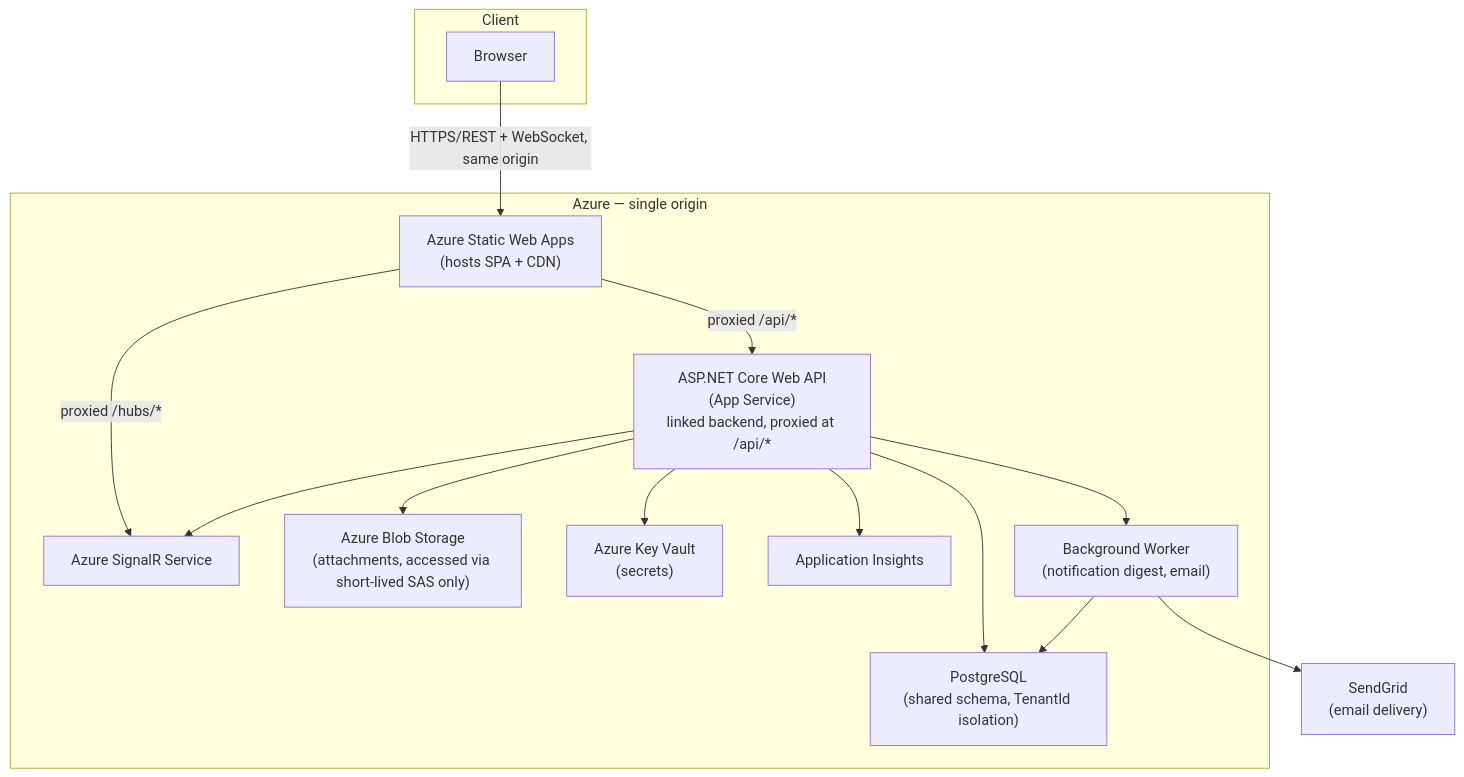
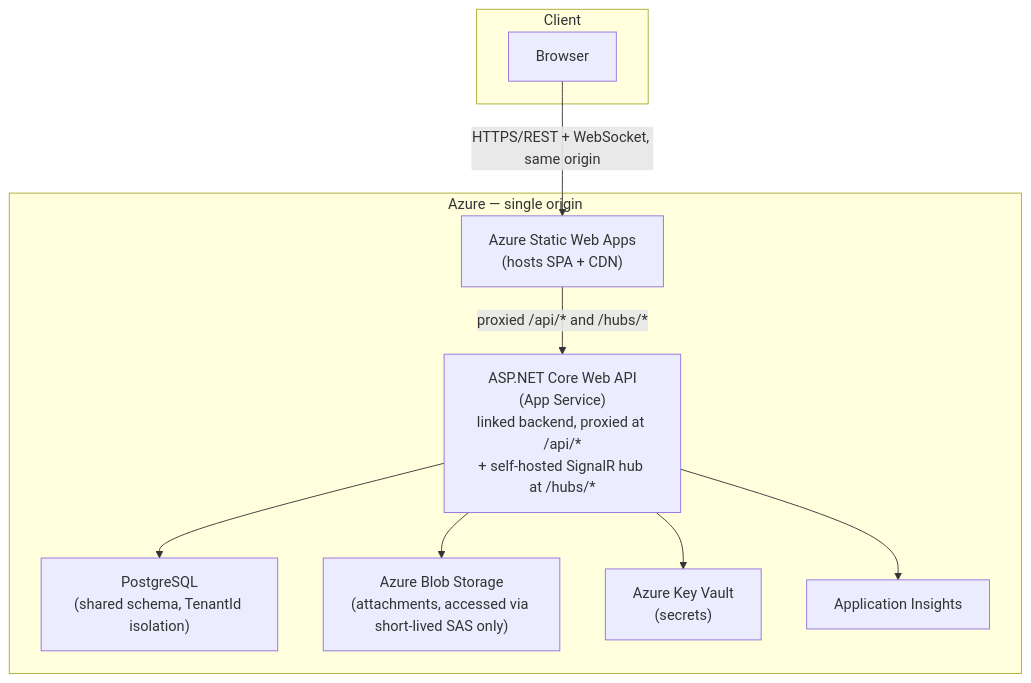
The first of 3 diagrams in docs/devflow/01-architecture.md (K-darre02/DevFlow), drawn with Mermaid before and after one commit. The commit also changed other lines of this file and 35 other files, not shown here.

````diff
--- a/docs/devflow/01-architecture.md
+++ b/docs/devflow/01-architecture.md
@@ -24,31 +25,22 @@
 ```mermaid
 graph TB
     subgraph Client
         BROWSER["Browser"]
     end
 
     subgraph "Azure — single origin"
         SWA["Azure Static Web Apps<br/>(hosts SPA + CDN)"]
-        API["ASP.NET Core Web API<br/>(App Service)<br/>linked backend, proxied at /api/*"]
-        SIGNALR["Azure SignalR Service"]
+        API["ASP.NET Core Web API<br/>(App Service)<br/>linked backend, proxied at /api/*<br/>+ self-hosted SignalR hub at /hubs/*"]
         DB["PostgreSQL<br/>(shared schema, TenantId isolation)"]
         BLOB["Azure Blob Storage<br/>(attachments, accessed via short-lived SAS only)"]
         KV["Azure Key Vault<br/>(secrets)"]
         AI["Application Insights"]
-        FUNC["Background Worker<br/>(notification digest, email)"]
     end
 
-    SENDGRID["SendGrid<br/>(email delivery)"]
-
     BROWSER -- "HTTPS/REST + WebSocket, same origin" --> SWA
-    SWA -- "proxied /api/*" --> API
-    SWA -- "proxied /hubs/*" --> SIGNALR
-    API --> SIGNALR
+    SWA -- "proxied /api/* and /hubs/*" --> API
     API --> DB
     API --> BLOB
     API --> KV
     API --> AI
-    API --> FUNC
-    FUNC --> DB
-    FUNC --> SENDGRID
 ```
````
